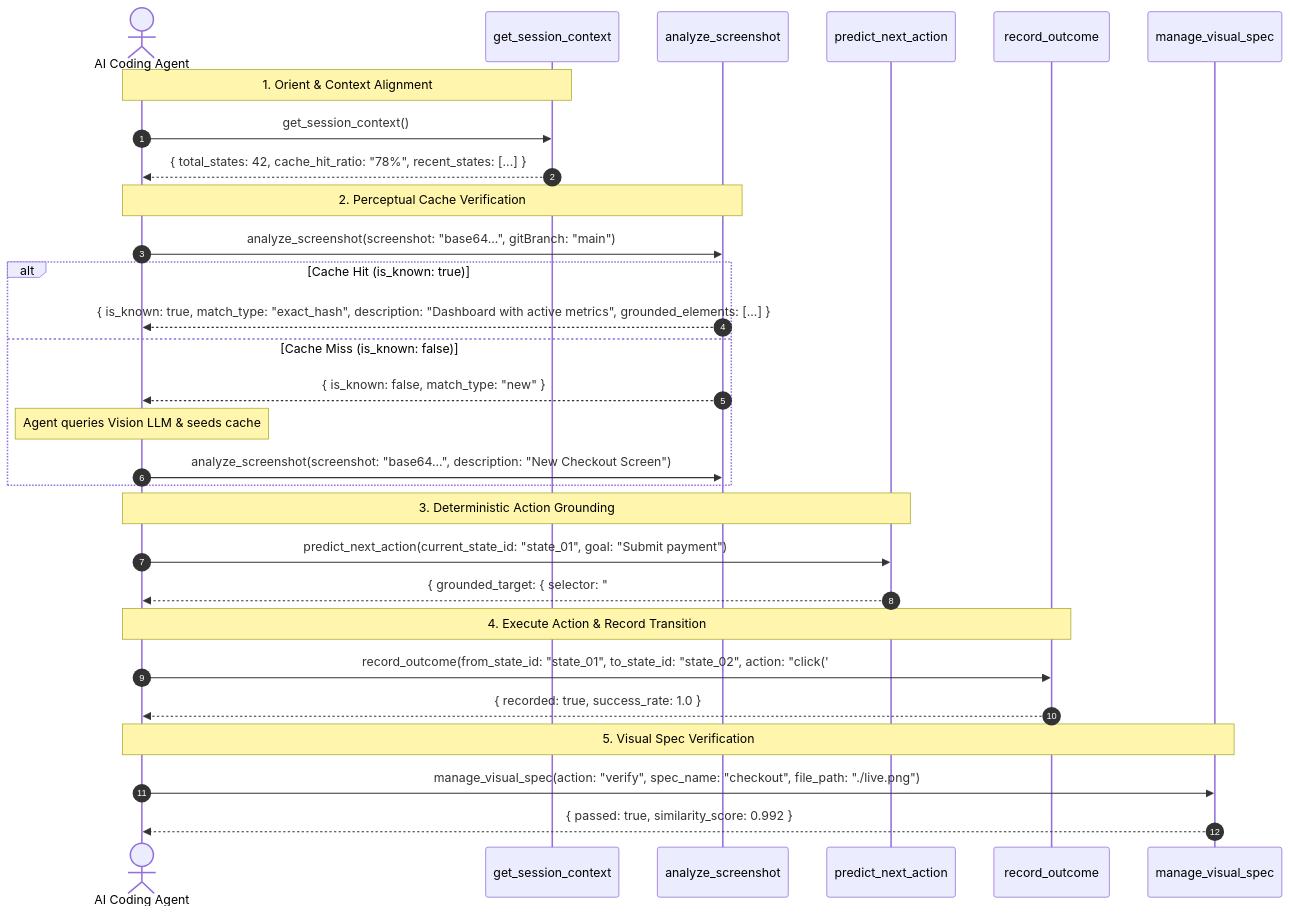
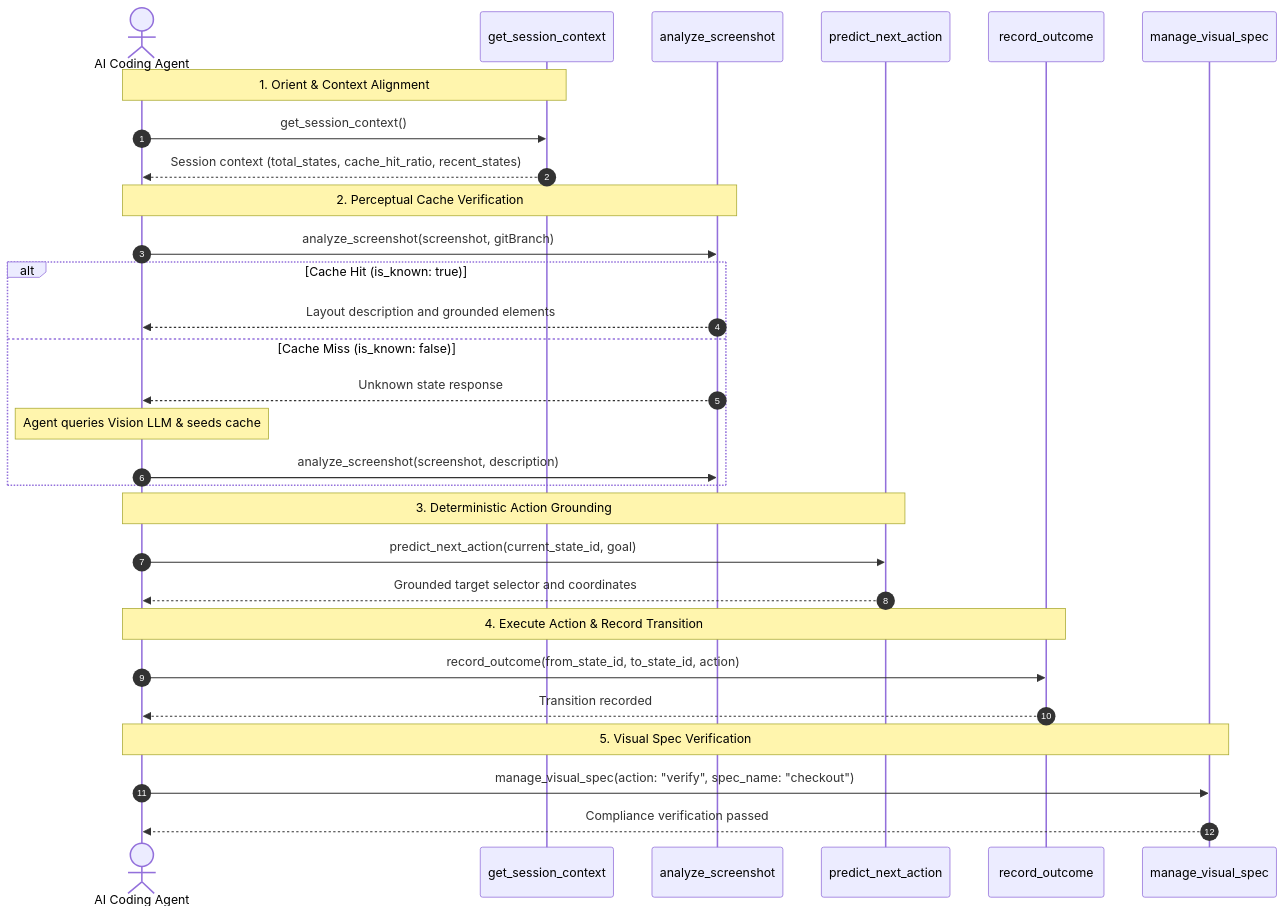
One commit to putervision/vision-memory-mcp changed the third of 3 diagrams in docs/codebase-distillation.md. Above: the diagram before and after it, drawn with Mermaid. The commit also changed other lines of this file and 5 other files, not shown here.

````diff
--- a/docs/codebase-distillation.md
+++ b/docs/codebase-distillation.md
@@ -216,36 +216,36 @@
 ```mermaid
 sequenceDiagram
     autonumber
     actor Agent as AI Coding Agent
     participant C as get_session_context
     participant A as analyze_screenshot
     participant P as predict_next_action
     participant R as record_outcome
     participant S as manage_visual_spec
 
     Note over Agent,C: 1. Orient & Context Alignment
     Agent->>C: get_session_context()
-    C-->>Agent: { total_states: 42, cache_hit_ratio: "78%", recent_states: [...] }
+    C-->>Agent: Session context (total_states, cache_hit_ratio, recent_states)
 
     Note over Agent,A: 2. Perceptual Cache Verification
-    Agent->>A: analyze_screenshot(screenshot: "base64...", gitBranch: "main")
+    Agent->>A: analyze_screenshot(screenshot, gitBranch)
     alt Cache Hit (is_known: true)
-        A-->>Agent: { is_known: true, match_type: "exact_hash", description: "Dashboard with active metrics", grounded_elements: [...] }
+        A-->>Agent: Layout description and grounded elements
     else Cache Miss (is_known: false)
-        A-->>Agent: { is_known: false, match_type: "new" }
+        A-->>Agent: Unknown state response
         Note over Agent: Agent queries Vision LLM & seeds cache
-        Agent->>A: analyze_screenshot(screenshot: "base64...", description: "New Checkout Screen")
+        Agent->>A: analyze_screenshot(screenshot, description)
     end
 
     Note over Agent,P: 3. Deterministic Action Grounding
-    Agent->>P: predict_next_action(current_state_id: "state_01", goal: "Submit payment")
-    P-->>Agent: { grounded_target: { selector: "#pay-btn", coords: { x: 340, y: 520 } } }
+    Agent->>P: predict_next_action(current_state_id, goal)
+    P-->>Agent: Grounded target selector and coordinates
 
     Note over Agent,R: 4. Execute Action & Record Transition
-    Agent->>R: record_outcome(from_state_id: "state_01", to_state_id: "state_02", action: "click('#pay-btn')")
-    R-->>Agent: { recorded: true, success_rate: 1.0 }
+    Agent->>R: record_outcome(from_state_id, to_state_id, action)
+    R-->>Agent: Transition recorded
 
     Note over Agent,S: 5. Visual Spec Verification
-    Agent->>S: manage_visual_spec(action: "verify", spec_name: "checkout", file_path: "./live.png")
-    S-->>Agent: { passed: true, similarity_score: 0.992 }
+    Agent->>S: manage_visual_spec(action: "verify", spec_name: "checkout")
+    S-->>Agent: Compliance verification passed
 ```
````
